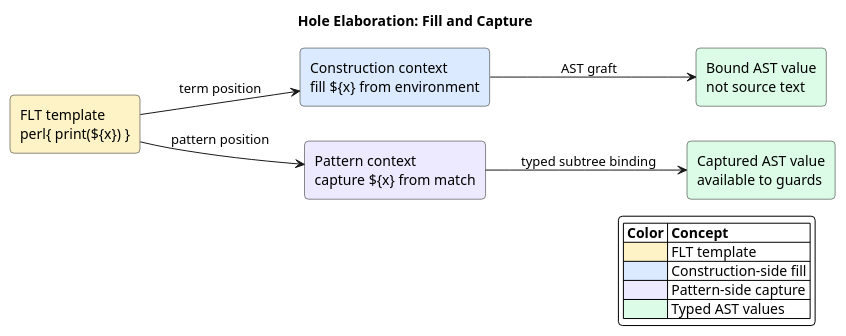
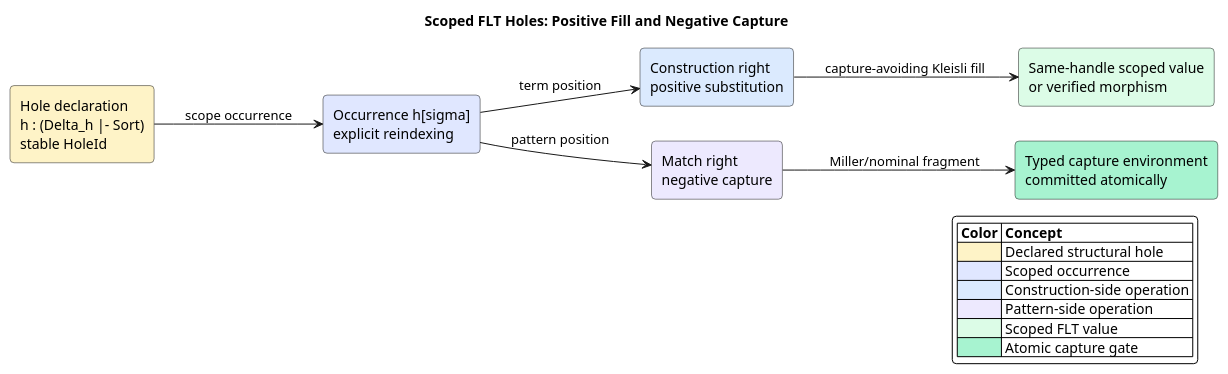
The diagram in under-review/2026-06-26-Foreign-Language-Terms/diagrams/02-hole-elaboration.puml (F1R3FLY-io/FIPS), drawn with PlantUML before and after one commit. The commit also changed 12 other files, not shown here.

Commit message:
docs: define structural FLTs and theorem-typed channels

```diff
--- a/under-review/2026-06-26-Foreign-Language-Terms/diagrams/02-hole-elaboration.puml
+++ b/under-review/2026-06-26-Foreign-Language-Terms/diagrams/02-hole-elaboration.puml
@@ -1,27 +1,31 @@
 @startuml
-title Hole Elaboration: Fill and Capture
+title Scoped FLT Holes: Positive Fill and Negative Capture
 left to right direction
 skinparam backgroundColor #FFFFFF
 skinparam shadowing false
 skinparam roundcorner 8
 skinparam defaultFontName SansSerif
 
-rectangle "FLT template\nperl{ print(${x}) }" as Template #FEF3C7
-rectangle "Construction context\nfill ${x} from environment" as Fill #DBEAFE
-rectangle "Pattern context\ncapture ${x} from match" as Capture #EDE9FE
-rectangle "Bound AST value\nnot source text" as Bound #DCFCE7
-rectangle "Captured AST value\navailable to guards" as Matched #DCFCE7
+rectangle "Hole declaration\nh : (Delta_h |- Sort)\nstable HoleId" as Hole #FEF3C7
+rectangle "Occurrence h[sigma]\nexplicit reindexing" as Occ #E0E7FF
+rectangle "Construction right\npositive substitution" as Fill #DBEAFE
+rectangle "Match right\nnegative capture" as Capture #EDE9FE
+rectangle "Same-handle scoped value\nor verified morphism" as Bound #DCFCE7
+rectangle "Typed capture environment\ncommitted atomically" as Matched #A7F3D0
 
-Template --> Fill : term position
-Template --> Capture : pattern position
-Fill --> Bound : AST graft
-Capture --> Matched : typed subtree binding
+Hole --> Occ : scope occurrence
+Occ --> Fill : term position
+Occ --> Capture : pattern position
+Fill --> Bound : capture-avoiding Kleisli fill
+Capture --> Matched : Miller/nominal fragment
 
 legend right
   |= Color |= Concept |
-  |<#FEF3C7> | FLT template |
-  |<#DBEAFE> | Construction-side fill |
-  |<#EDE9FE> | Pattern-side capture |
-  |<#DCFCE7> | Typed AST values |
+  |<#FEF3C7> | Declared structural hole |
+  |<#E0E7FF> | Scoped occurrence |
+  |<#DBEAFE> | Construction-side operation |
+  |<#EDE9FE> | Pattern-side operation |
+  |<#DCFCE7> | Scoped FLT value |
+  |<#A7F3D0> | Atomic capture gate |
 endlegend
 @enduml
```
